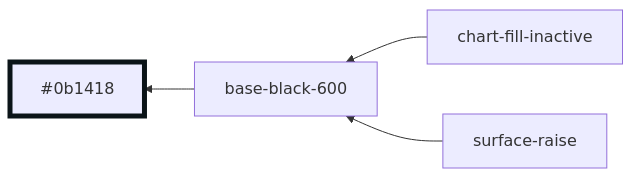
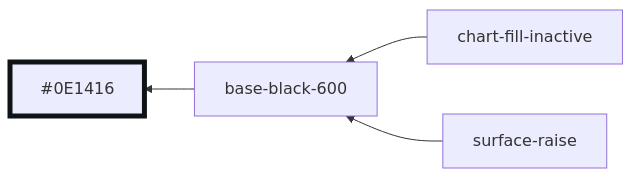
Diagram 29 of 30 in libs/ui/styles/themes/operator-mode.md (oxidecomputer/console), drawn with Mermaid before and after one commit. The commit also changed other lines of this file and 2 other files, not shown here.

````diff
--- a/libs/ui/styles/themes/operator-mode.md
+++ b/libs/ui/styles/themes/operator-mode.md
@@ -364,8 +364,8 @@
 ```mermaid
 graph RL
-  base-black-600 --> #0b1418:::base-black-600
+  base-black-600 --> #0E1416:::base-black-600
   chart-fill-inactive --> base-black-600
   surface-raise --> base-black-600
 
-  classDef base-black-600 stroke-width:5,stroke:#0b1418
+  classDef base-black-600 stroke-width:5,stroke:#0E1416
 ```
````
